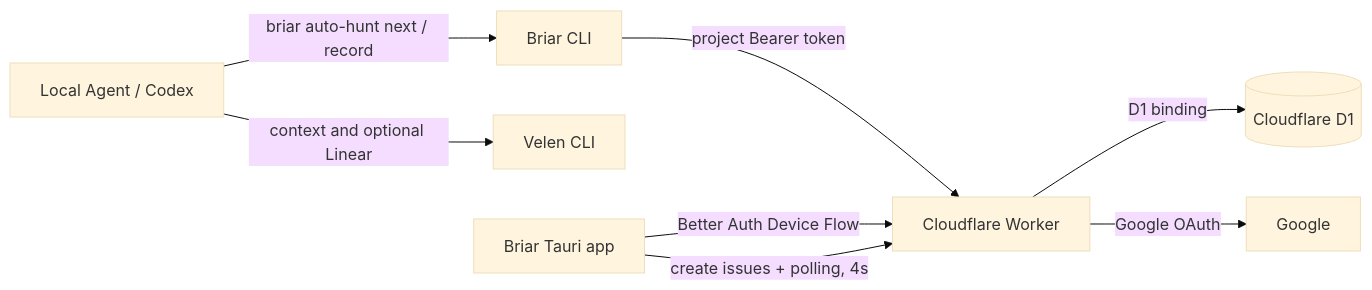
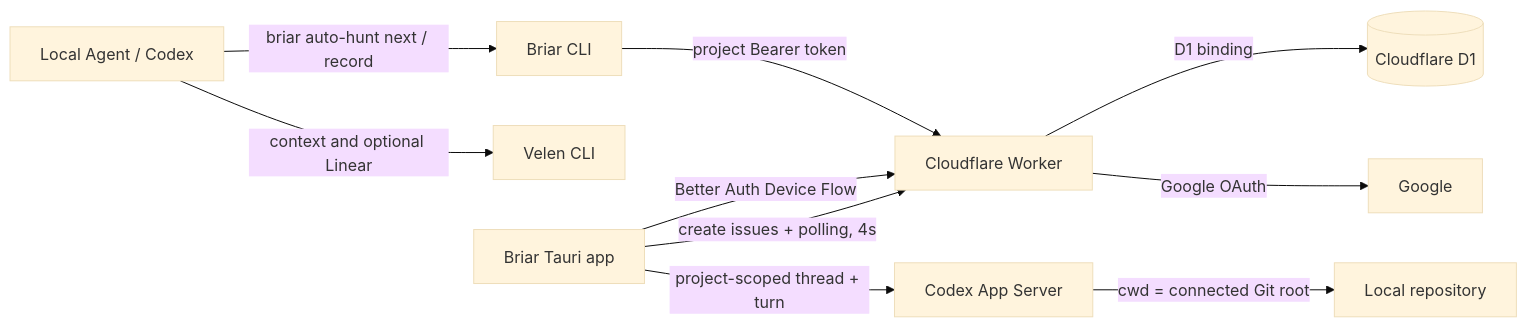
One commit to wordbricks/briar changed the diagram in README.md. Above: the diagram before and after it, drawn with Mermaid (base theme). The commit also changed other lines of this file and 7 other files, not shown here.

Commit message:
Route project LLM chats through Codex app server

````diff
--- a/README.md
+++ b/README.md
@@ -29,10 +30,12 @@
 ```mermaid
 flowchart LR
   A["Local Agent / Codex"] -->|"briar auto-hunt next / record"| C["Briar CLI"]
   A -->|"context and optional Linear"| V["Velen CLI"]
   C -->|"project Bearer token"| W["Cloudflare Worker"]
   D["Briar Tauri app"] -->|"Better Auth Device Flow"| W
   D -->|"create issues + polling, 4s"| W
+  D -->|"project-scoped thread + turn"| AS["Codex App Server"]
+  AS -->|"cwd = connected Git root"| R["Local repository"]
   W -->|"D1 binding"| DB[("Cloudflare D1")]
   W -->|"Google OAuth"| G["Google"]
 ```
````
